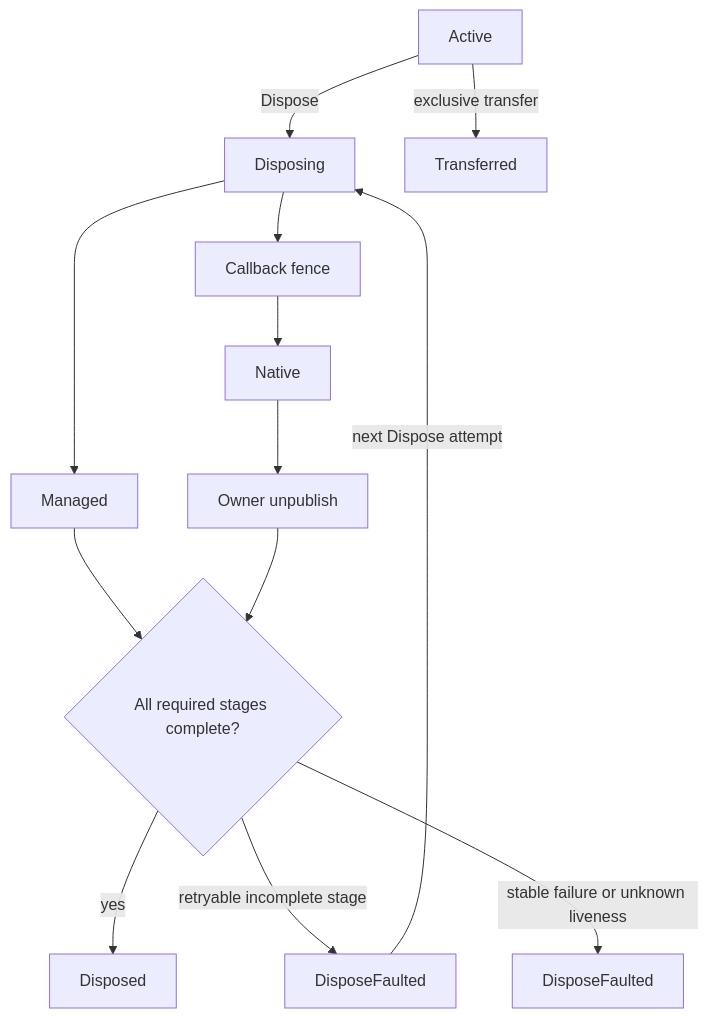
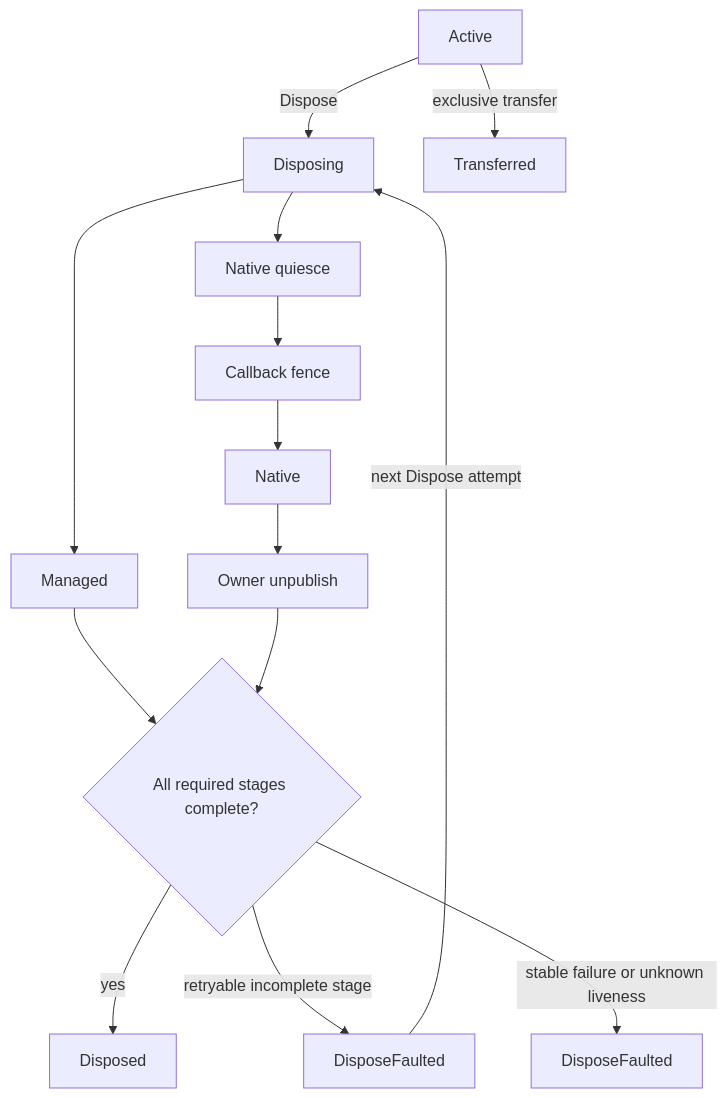
Before and after one commit to ParaParty/ParaPartyUtil: the diagram in UnityNative/readme.md, drawn with Mermaid. The commit also changed other lines of this file and 8 other files, not shown here.

Commit message:
fix: quiesce native work before callback drain

````diff
--- a/UnityNative/readme.md
+++ b/UnityNative/readme.md
@@ -7,15 +7,16 @@
 ```mermaid
 flowchart TD
     A[Active] -->|Dispose| D[Disposing]
     D --> M[Managed]
-    D --> F[Callback fence]
+    D --> Q[Native quiesce]
+    Q --> F[Callback fence]
     F --> N[Native]
     N --> U[Owner unpublish]
     M --> X{All required stages complete?}
     U --> X
     X -->|yes| DONE[Disposed]
     X -->|retryable incomplete stage| RF[DisposeFaulted]
     X -->|stable failure or unknown liveness| SF[DisposeFaulted]
     RF -->|next Dispose attempt| D
     A -->|exclusive transfer| T[Transferred]
 ```
````
